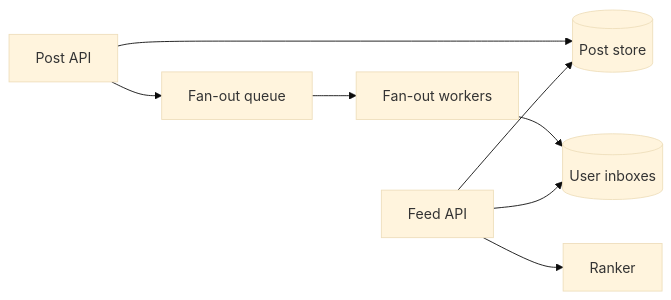
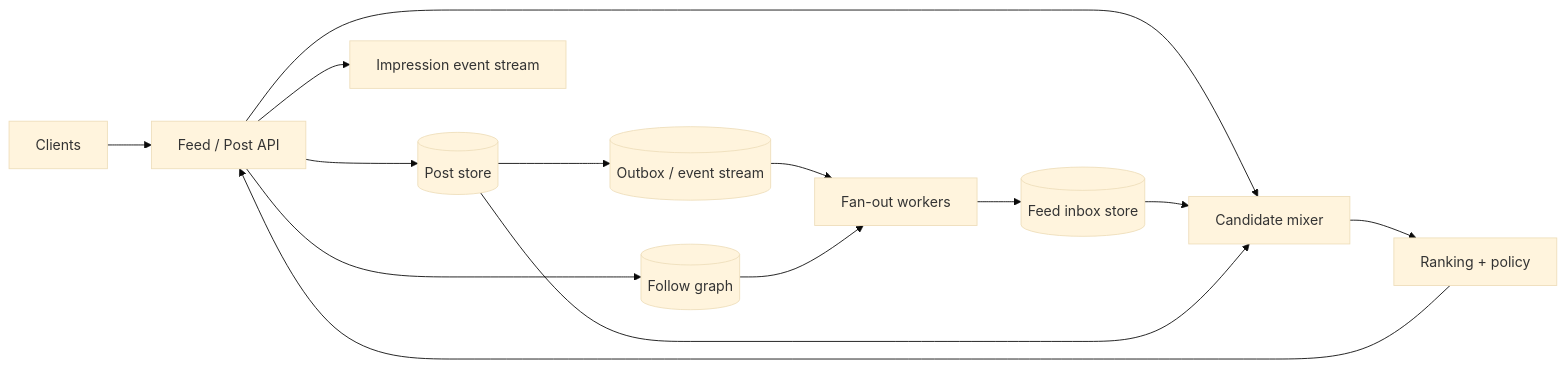
Before and after one commit to yangzichao/www: the diagram in src/content/blog/system-design/news-feed.md, drawn with Mermaid (base theme). The commit also changed other lines of this file and 18 other files, not shown here.

Commit message:
refactor: Revise URL Shortener design document to enhance clarity and detail on system evolution, API specifications, and architectural considerations

````diff
--- a/src/content/blog/system-design/news-feed.md
+++ b/src/content/blog/system-design/news-feed.md
@@ -79,10 +222,17 @@
 ```mermaid
 flowchart LR
-  P[Post API] --> S[(Post store)]
-  P --> Q[Fan-out queue]
-  Q --> W[Fan-out workers]
-  W --> I[(User inboxes)]
-  R[Feed API] --> I
-  R --> S
-  R --> K[Ranker]
+  U[Clients] --> API[Feed / Post API]
+  API --> P[(Post store)]
+  API --> F[(Follow graph)]
+  P --> O[(Outbox / event stream)]
+  O --> W[Fan-out workers]
+  F --> W
+  W --> I[(Feed inbox store)]
+
+  API --> C[Candidate mixer]
+  I --> C
+  P --> C
+  C --> R[Ranking + policy]
+  R --> API
+  API --> E[Impression event stream]
 ```
````
